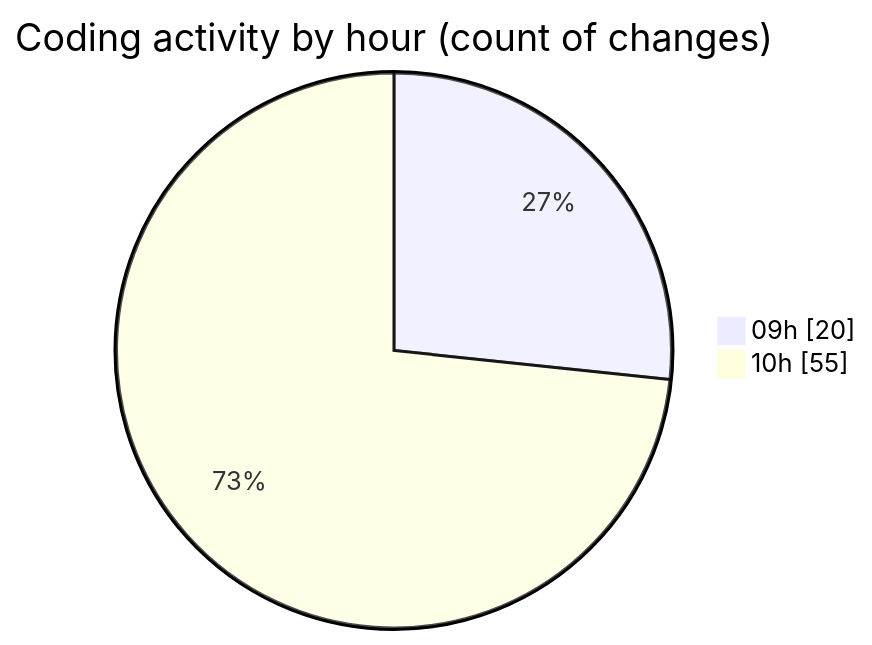
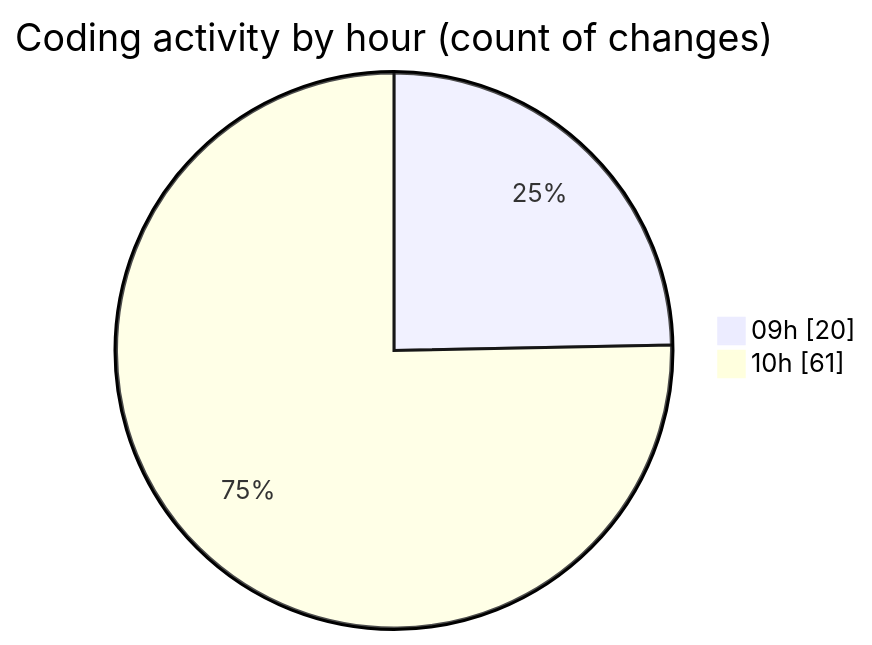
The second of 2 diagrams in 2025-06-06/ecodeli-1/README.md (CELIANVF/code-tracking), drawn with Mermaid before and after one commit. The commit also changed other lines of this file and 1 other file, not shown here.

````diff
--- a/2025-06-06/ecodeli-1/README.md
+++ b/2025-06-06/ecodeli-1/README.md
@@ -57,6 +57,6 @@
 ```mermaid
 pie showData
 title Coding activity by hour (count of changes)
 "09h" : 20
-"10h" : 55
+"10h" : 61
 ```
````
